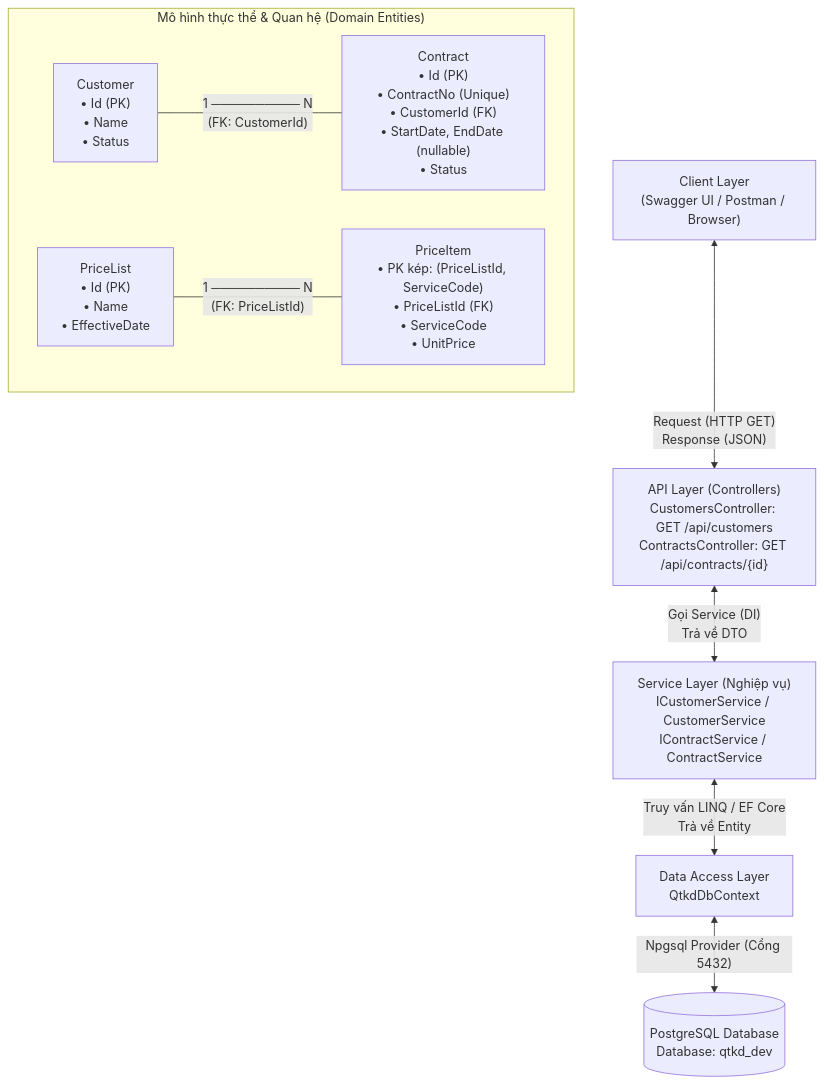
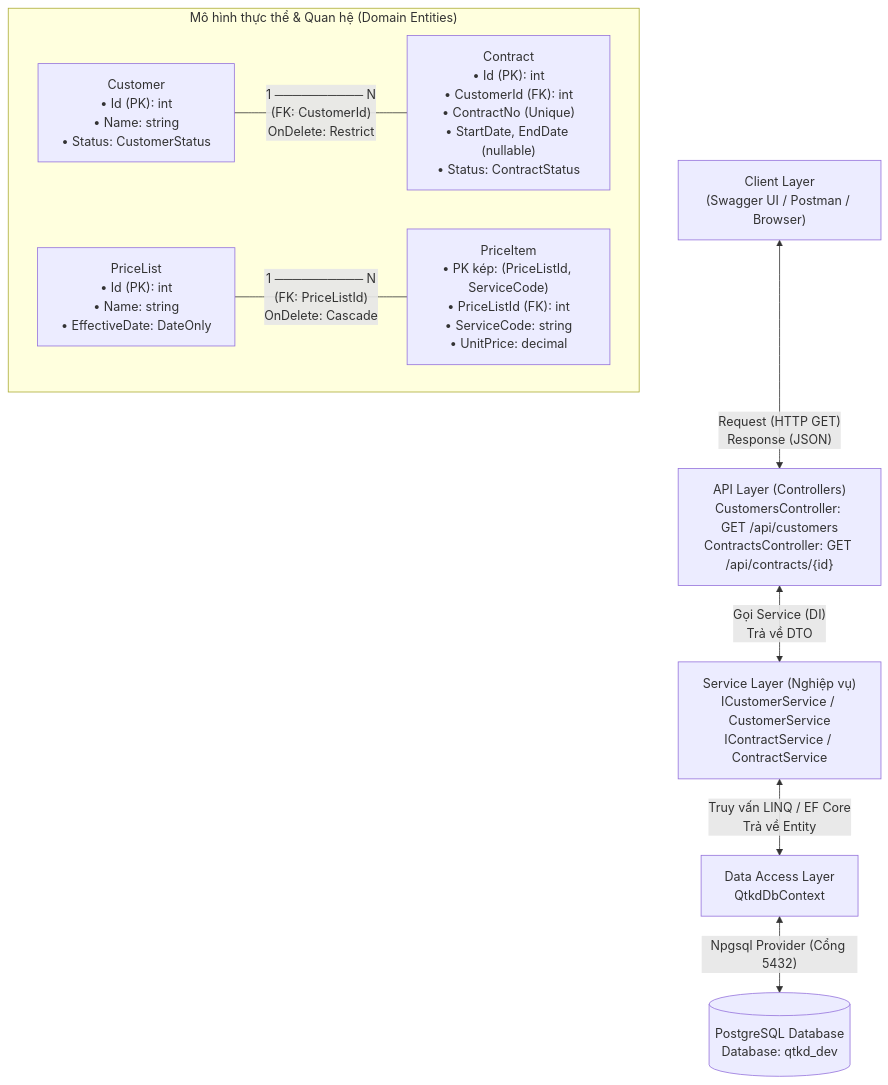
The diagram in docs/architecture.md (tqKhanh1712/business-management-api), drawn with Mermaid before and after one commit. The commit also changed other lines of this file and 2 other files, not shown here.

Commit message:
docs: finalize architecture diagram with separated postgresql tables, full enums and exact keys

````diff
--- a/docs/architecture.md
+++ b/docs/architecture.md
@@ -5,20 +5,20 @@
 ```mermaid
 graph TD
     Client["Client Layer<br/>(Swagger UI / Postman / Browser)"] <-->|"Request (HTTP GET)<br/>Response (JSON)"| Controllers["API Layer (Controllers)<br/>CustomersController: GET /api/customers<br/>ContractsController: GET /api/contracts/{id}"]
     
     Controllers <-->|"Gọi Service (DI)<br/>Trả về DTO"| Services["Service Layer (Nghiệp vụ)<br/>ICustomerService / CustomerService<br/>IContractService / ContractService"]
     
     Services <-->|"Truy vấn LINQ / EF Core<br/>Trả về Entity"| DbContext["Data Access Layer<br/>QtkdDbContext"]
     
     DbContext <-->|"Npgsql Provider (Cổng 5432)"| Postgres[("PostgreSQL Database<br/>Database: qtkd_dev")]
 
     subgraph "Mô hình thực thể & Quan hệ (Domain Entities)"
-        Customer["Customer<br/>• Id (PK)<br/>• Name<br/>• Status"]
-        Contract["Contract<br/>• Id (PK)<br/>• ContractNo (Unique)<br/>• CustomerId (FK)<br/>• StartDate, EndDate (nullable)<br/>• Status"]
-        PriceList["PriceList<br/>• Id (PK)<br/>• Name<br/>• EffectiveDate"]
-        PriceItem["PriceItem<br/>• PK kép: (PriceListId, ServiceCode)<br/>• PriceListId (FK)<br/>• ServiceCode<br/>• UnitPrice"]
+        Customer["Customer<br/>• Id (PK): int<br/>• Name: string<br/>• Status: CustomerStatus"]
+        Contract["Contract<br/>• Id (PK): int<br/>• CustomerId (FK): int<br/>• ContractNo (Unique)<br/>• StartDate, EndDate (nullable)<br/>• Status: ContractStatus"]
+        PriceList["PriceList<br/>• Id (PK): int<br/>• Name: string<br/>• EffectiveDate: DateOnly"]
+        PriceItem["PriceItem<br/>• PK kép: (PriceListId, ServiceCode)<br/>• PriceListId (FK): int<br/>• ServiceCode: string<br/>• UnitPrice: decimal"]
 
-        Customer ---|"1 ────────── N<br/>(FK: CustomerId)"| Contract
-        PriceList ---|"1 ────────── N<br/>(FK: PriceListId)"| PriceItem
+        Customer ---|"1 ────────── N<br/>(FK: CustomerId)<br/>OnDelete: Restrict"| Contract
+        PriceList ---|"1 ────────── N<br/>(FK: PriceListId)<br/>OnDelete: Cascade"| PriceItem
     end
 ```
````
